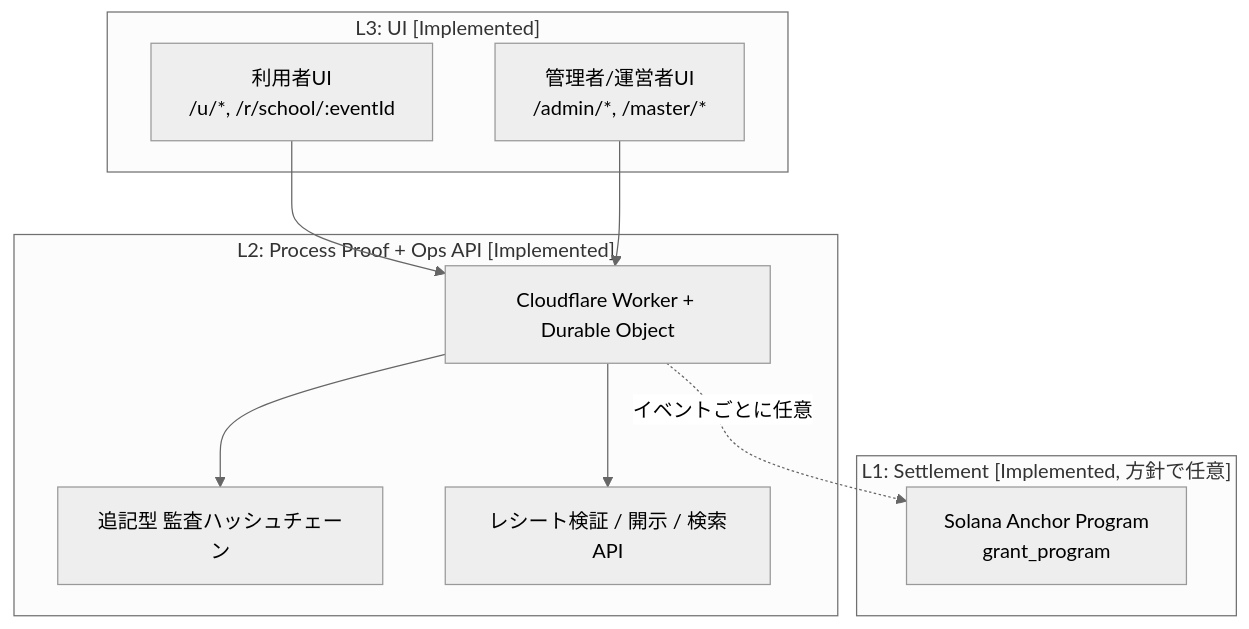
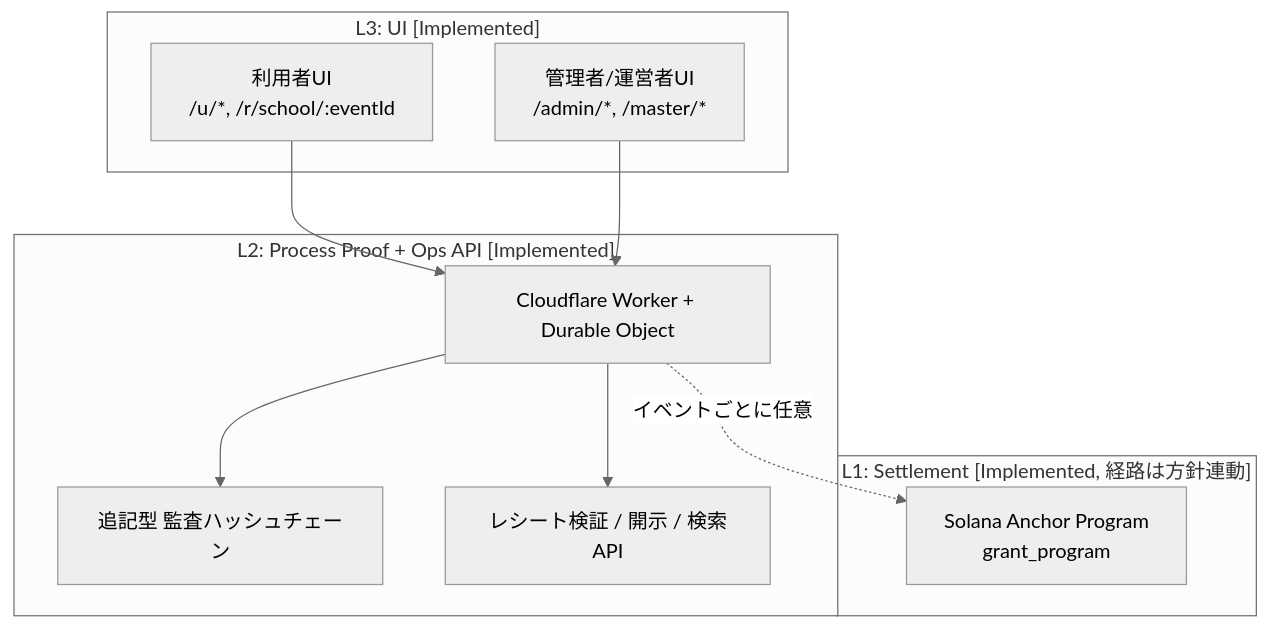
One commit to hk089660/instant-grant-core changed the second of 2 diagrams in README.ja.md. Above: the diagram before and after it, drawn with Mermaid (neutral theme). The commit also changed other lines of this file and 25 other files, not shown here.

````diff
--- a/README.ja.md
+++ b/README.ja.md
@@ -174,23 +241,23 @@
 ```mermaid
 flowchart TB
   subgraph L3["L3: UI [Implemented]"]
     U1["利用者UI\n/u/*, /r/school/:eventId"]
     A1["管理者/運営者UI\n/admin/*, /master/*"]
   end
 
   subgraph L2["L2: Process Proof + Ops API [Implemented]"]
     W["Cloudflare Worker + Durable Object"]
     HC["追記型 監査ハッシュチェーン"]
     VR["レシート検証 / 開示 / 検索API"]
   end
 
-  subgraph L1["L1: Settlement [Implemented, 方針で任意]"]
+  subgraph L1["L1: Settlement [Implemented, 経路は方針連動]"]
     SP["Solana Anchor Program\ngrant_program"]
   end
 
   U1 --> W
   A1 --> W
   W --> HC
   W --> VR
   W -. イベントごとに任意 .-> SP
 ```
````
